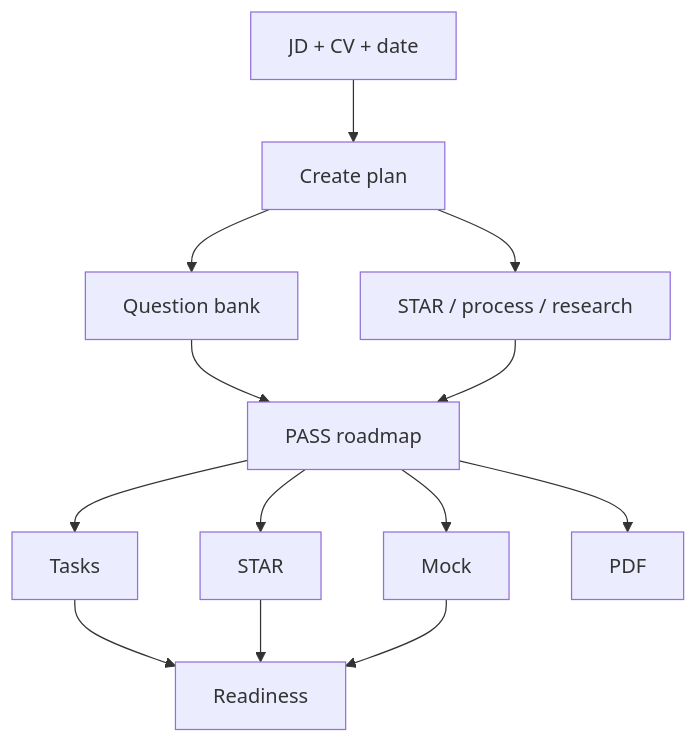
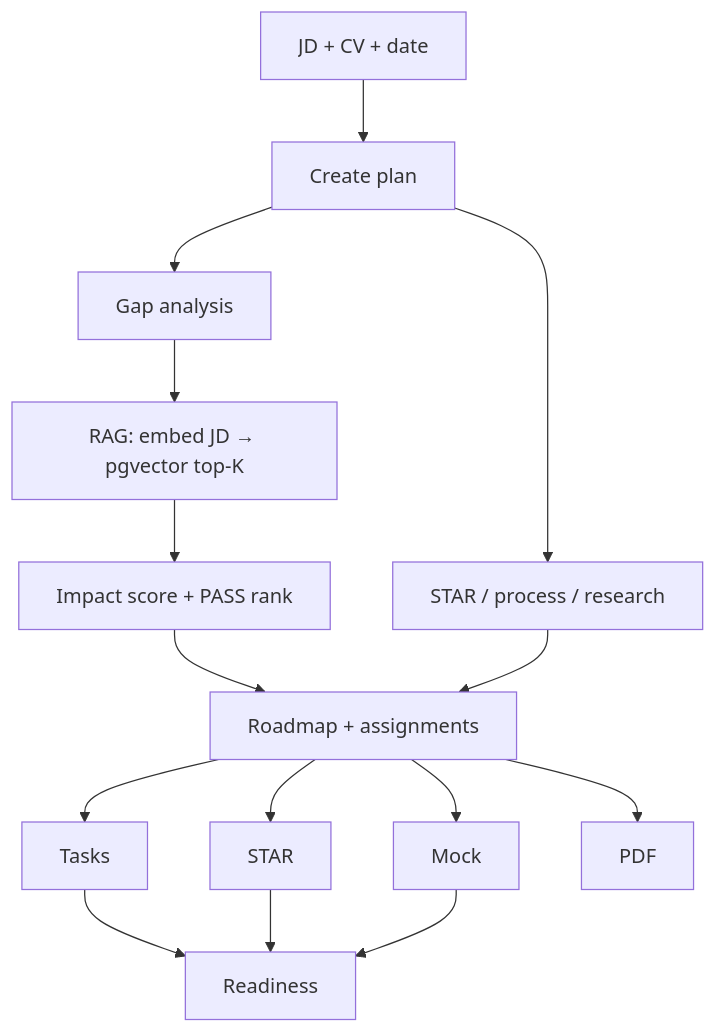
Before and after one commit to dainv123/resumate: the ninth of 13 diagrams in README.md, drawn with Mermaid. The commit also changed other lines of this file and 24 other files, not shown here.

````diff
--- a/README.md
+++ b/README.md
@@ -266,9 +267,11 @@
 ```mermaid
 flowchart TD
   In[JD + CV + date] --> Create[Create plan]
-  Create --> Bank[Question bank]
+  Create --> Gaps[Gap analysis]
+  Gaps --> RAG[RAG: embed JD → pgvector top-K]
+  RAG --> Rank[Impact score + PASS rank]
   Create --> AI[STAR / process / research]
-  Bank & AI --> Road[PASS roadmap]
+  Rank & AI --> Road[Roadmap + assignments]
   Road --> Tasks & STAR & Mock & PDF
   Tasks & STAR & Mock --> Score[Readiness]
 ```
````
